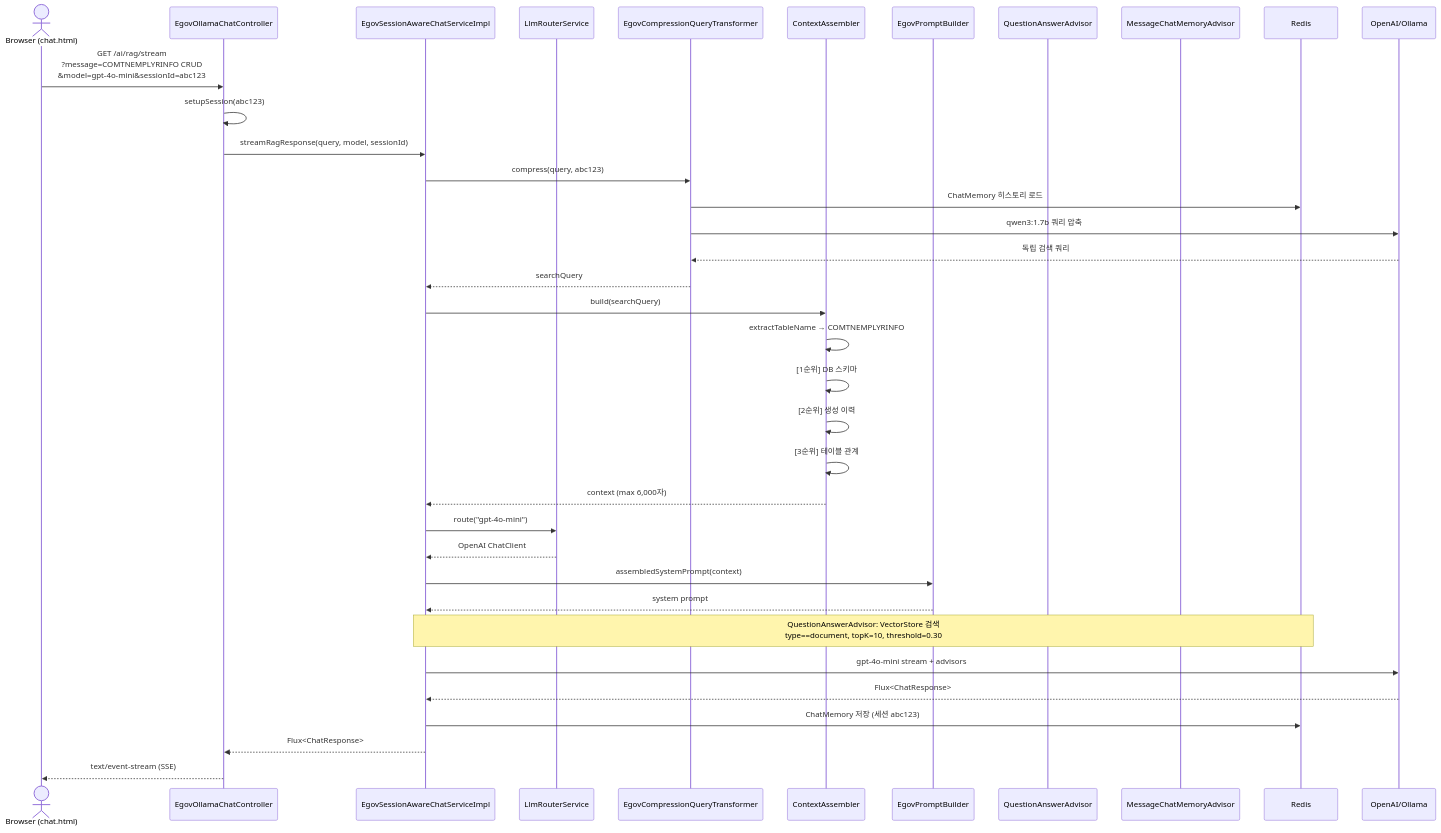
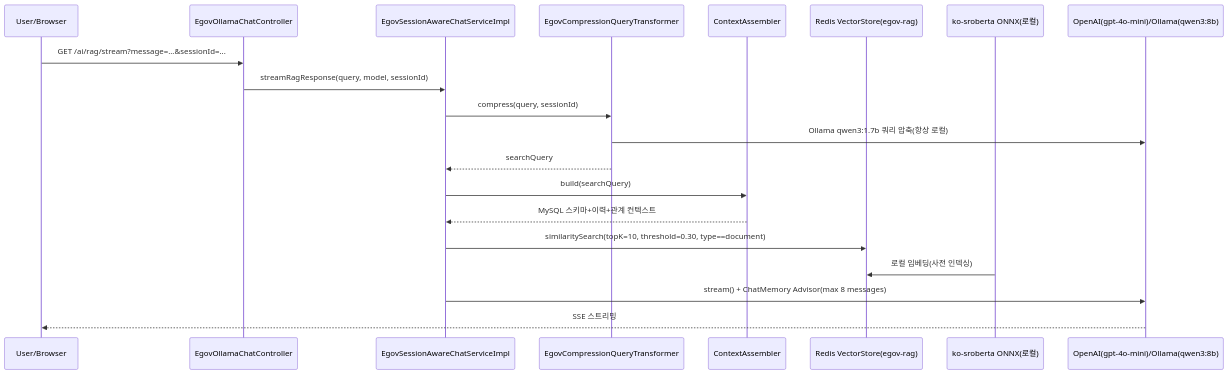
One commit to Jeong-daeseop/springai changed the seventh of 8 diagrams in docs/architecture/아키텍처_심층분석_다이어그램.md. Above: the diagram before and after it, drawn with Mermaid. The commit also changed other lines of this file and 5 other files, not shown here.

First line of the commit message:
docs: rewrite architecture deep-dive doc for 2026-08-31 state, add exports

````diff
--- a/docs/architecture/아키텍처_심층분석_다이어그램.md
+++ b/docs/architecture/아키텍처_심층분석_다이어그램.md
@@ -309,46 +254,23 @@
 ```mermaid
 sequenceDiagram
-    actor User as Browser (chat.html)
+    participant User as User/Browser
     participant Ctrl as EgovOllamaChatController
     participant ChatSvc as EgovSessionAwareChatServiceImpl
-    participant Router as LlmRouterService
     participant Compress as EgovCompressionQueryTransformer
     participant CtxAsm as ContextAssembler
-    participant Prompt as EgovPromptBuilder
-    participant QA as QuestionAnswerAdvisor
-    participant Memory as MessageChatMemoryAdvisor
-    participant Redis as Redis
-    participant LLM as OpenAI/Ollama
+    participant Redis as Redis VectorStore(egov-rag)
+    participant ONNX as ko-sroberta ONNX(로컬)
+    participant LLM as OpenAI(gpt-4o-mini)/Ollama(qwen3:8b)
 
-    User->>Ctrl: GET /ai/rag/stream<br/>?message=COMTNEMPLYRINFO CRUD<br/>&model=gpt-4o-mini&sessionId=abc123
-
-    Ctrl->>Ctrl: setupSession(abc123)
+    User->>Ctrl: GET /ai/rag/stream?message=...&sessionId=...
     Ctrl->>ChatSvc: streamRagResponse(query, model, sessionId)
-
-    ChatSvc->>Compress: compress(query, abc123)
-    Compress->>Redis: ChatMemory 히스토리 로드
-    Compress->>LLM: qwen3:1.7b 쿼리 압축
-    LLM-->>Compress: 독립 검색 쿼리
+    ChatSvc->>Compress: compress(query, sessionId)
+    Compress->>LLM: Ollama qwen3:1.7b 쿼리 압축(항상 로컬)
     Compress-->>ChatSvc: searchQuery
-
     ChatSvc->>CtxAsm: build(searchQuery)
-    CtxAsm->>CtxAsm: extractTableName → COMTNEMPLYRINFO
-    CtxAsm->>CtxAsm: [1순위] DB 스키마
-    CtxAsm->>CtxAsm: [2순위] 생성 이력
-    CtxAsm->>CtxAsm: [3순위] 테이블 관계
-    CtxAsm-->>ChatSvc: context (max 6,000자)
-
-    ChatSvc->>Router: route("gpt-4o-mini")
-    Router-->>ChatSvc: OpenAI ChatClient
-
-    ChatSvc->>Prompt: assembledSystemPrompt(context)
-    Prompt-->>ChatSvc: system prompt
-
-    Note over ChatSvc,Redis: QuestionAnswerAdvisor: VectorStore 검색<br/>type==document, topK=10, threshold=0.30
-
-    ChatSvc->>LLM: gpt-4o-mini stream + advisors
-    LLM-->>ChatSvc: Flux<ChatResponse>
-    ChatSvc->>Redis: ChatMemory 저장 (세션 abc123)
-    ChatSvc-->>Ctrl: Flux<ChatResponse>
-    Ctrl-->>User: text/event-stream (SSE)
+    CtxAsm-->>ChatSvc: MySQL 스키마+이력+관계 컨텍스트
+    ChatSvc->>Redis: similaritySearch(topK=10, threshold=0.30, type==document)
+    ONNX->>Redis: 로컬 임베딩(사전 인덱싱)
+    ChatSvc->>LLM: stream() + ChatMemory Advisor(max 8 messages)
+    LLM-->>User: SSE 스트리밍
 ```
````
